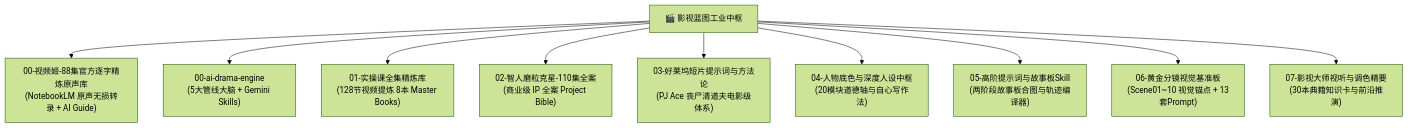
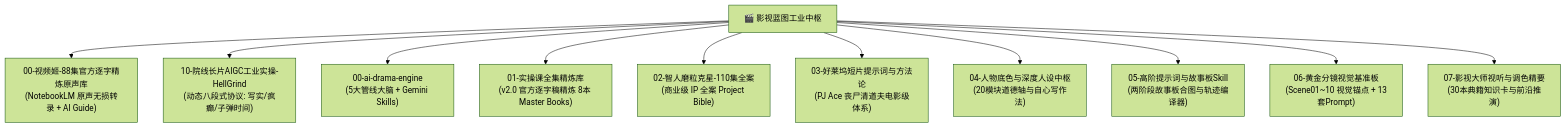
The diagram in docs/00_影视蓝图全域知识地图_MASTER_INDEX.md (mkafw/viral-shorts-engine), drawn with Mermaid (forest theme) before and after one commit. The commit also changed other lines of this file and 21 other files, not shown here.

Commit message:
feat(vault): upgrade 8 master books to v2.0 and integrate Suite 10 HellGrind protocol

````diff
--- a/docs/00_影视蓝图全域知识地图_MASTER_INDEX.md
+++ b/docs/00_影视蓝图全域知识地图_MASTER_INDEX.md
@@ -10,12 +10,13 @@
 ```mermaid
 graph TD
     Root["🎬 影视蓝图工业中枢"] --> M00["00-视频姬-88集官方逐字精炼原声库<br/>(NotebookLM 原声无损转录 + AI Guide)"]
+    Root --> M10["10-院线长片AIGC工业实操-HellGrind<br/>(动态八段式协议: 写实/疯癫/子弹时间)"]
     Root --> M0["00-ai-drama-engine<br/>(5大管线大脑 + Gemini Skills)"]
-    Root --> M1["01-实操课全集精炼库<br/>(128节视频提炼 8本 Master Books)"]
+    Root --> M1["01-实操课全集精炼库<br/>(v2.0 官方逐字稿精炼 8本 Master Books)"]
     Root --> M2["02-智人磨粒克星-110集全案<br/>(商业级 IP 全案 Project Bible)"]
     Root --> M3["03-好莱坞短片提示词与方法论<br/>(PJ Ace 丧尸清道夫电影级体系)"]
     Root --> M4["04-人物底色与深度人设中枢<br/>(20模块道德轴与自心写作法)"]
     Root --> M5["05-高阶提示词与故事板Skill<br/>(两阶段故事板合图与轨迹编译器)"]
     Root --> M6["06-黄金分镜视觉基准板<br/>(Scene01~10 视觉锚点 + 13套Prompt)"]
     Root --> M7["07-影视大师视听与调色精要<br/>(30本典籍知识卡与前沿推演)"]
 ```
````
